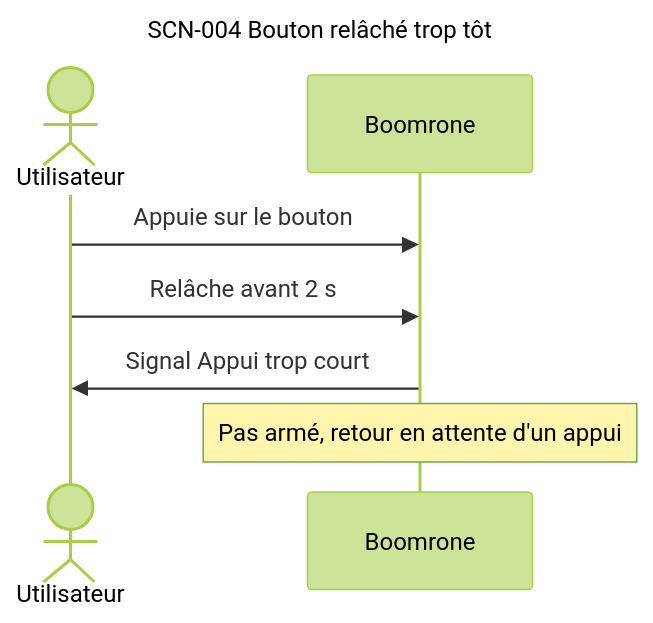
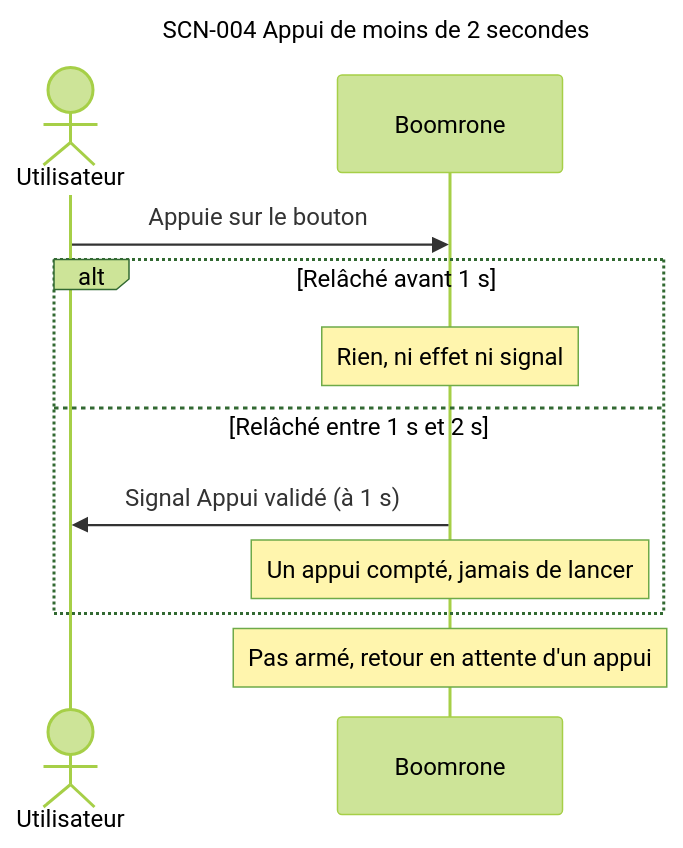
The sixth of 13 diagrams in projets/boomrone/00-scenarios.md (thourymatthieu-png/coworker_archi_system), drawn with Mermaid (forest theme) before and after one commit. The commit also changed other lines of this file and 6 other files, not shown here.

````diff
--- a/projets/boomrone/00-scenarios.md
+++ b/projets/boomrone/00-scenarios.md
@@ -256,12 +261,16 @@
 ```mermaid
 ---
-title: "SCN-004 Bouton relâché trop tôt"
+title: "SCN-004 Appui de moins de 2 secondes"
 ---
 sequenceDiagram
     actor U as Utilisateur
     participant D as Boomrone
     U->>D: Appuie sur le bouton
-    U->>D: Relâche avant 2 s
-    D->>U: Signal Appui trop court
+    alt Relâché avant 1 s
+        Note over D: Rien, ni effet ni signal
+    else Relâché entre 1 s et 2 s
+        D->>U: Signal Appui validé (à 1 s)
+        Note over D: Un appui compté, jamais de lancer
+    end
     Note over D: Pas armé, retour en attente d'un appui
 ```
````
